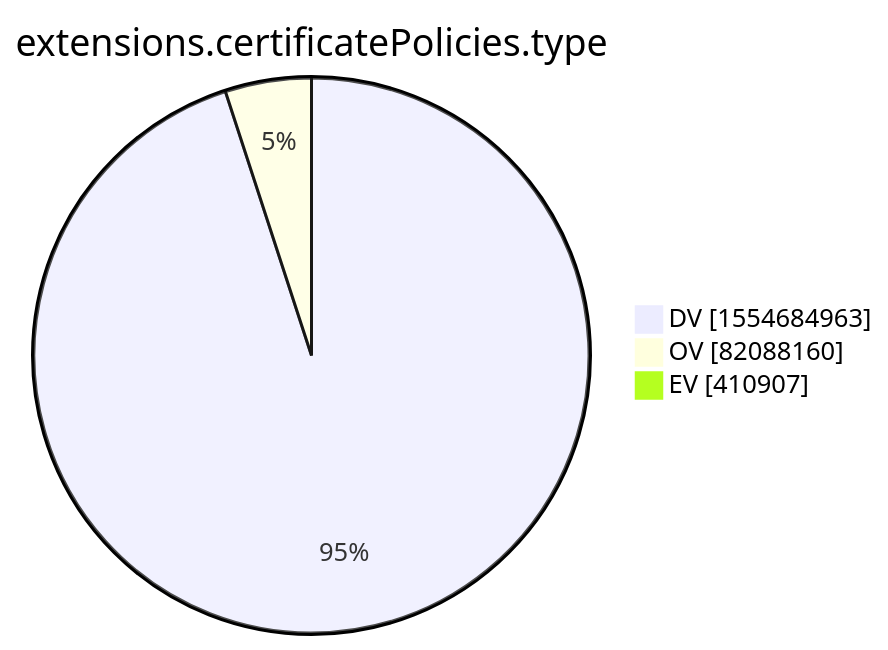
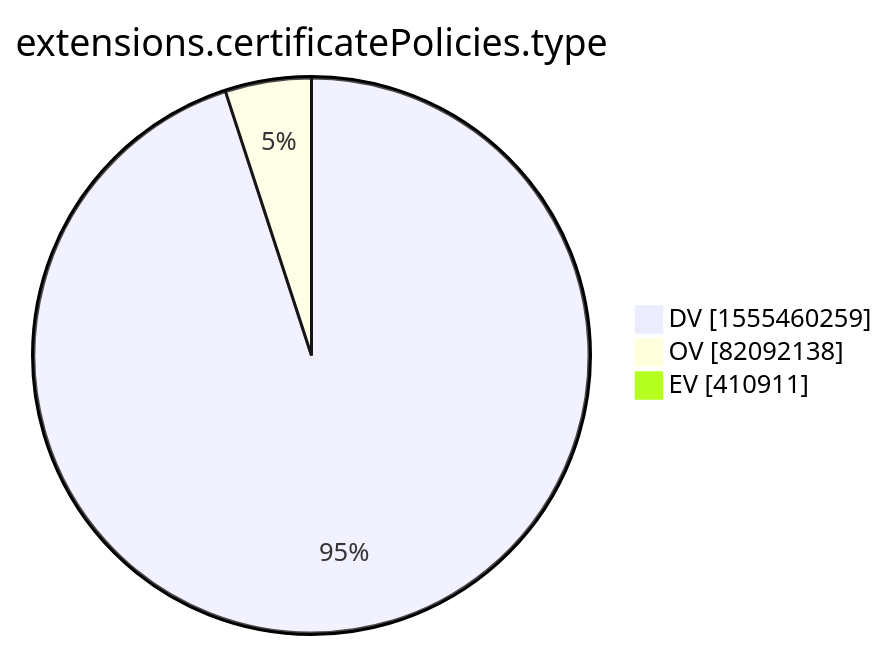
Before and after one commit to christiankrug/ctmonitor_visualization: the tenth of 15 diagrams in xenon2022/README.md, drawn with Mermaid. The commit also changed other lines of this file, not shown here.

````diff
--- a/xenon2022/README.md
+++ b/xenon2022/README.md
@@ -2876,7 +2876,7 @@
 ```mermaid
 pie showData
 title extensions.certificatePolicies.type
-"DV" :1554684963
-"OV" :82088160
-"EV" :410907
+"DV" :1555460259
+"OV" :82092138
+"EV" :410911
 ```
````
